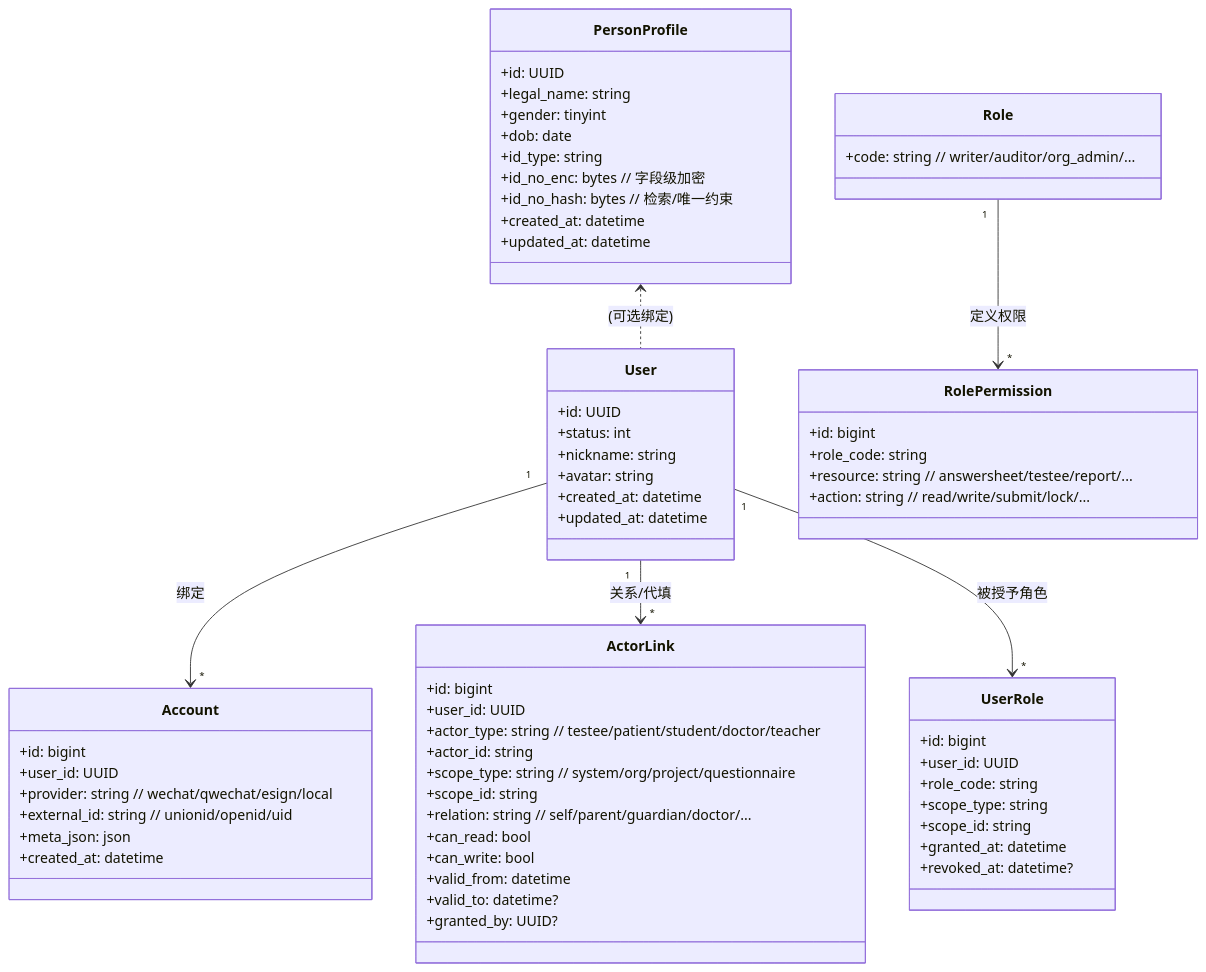
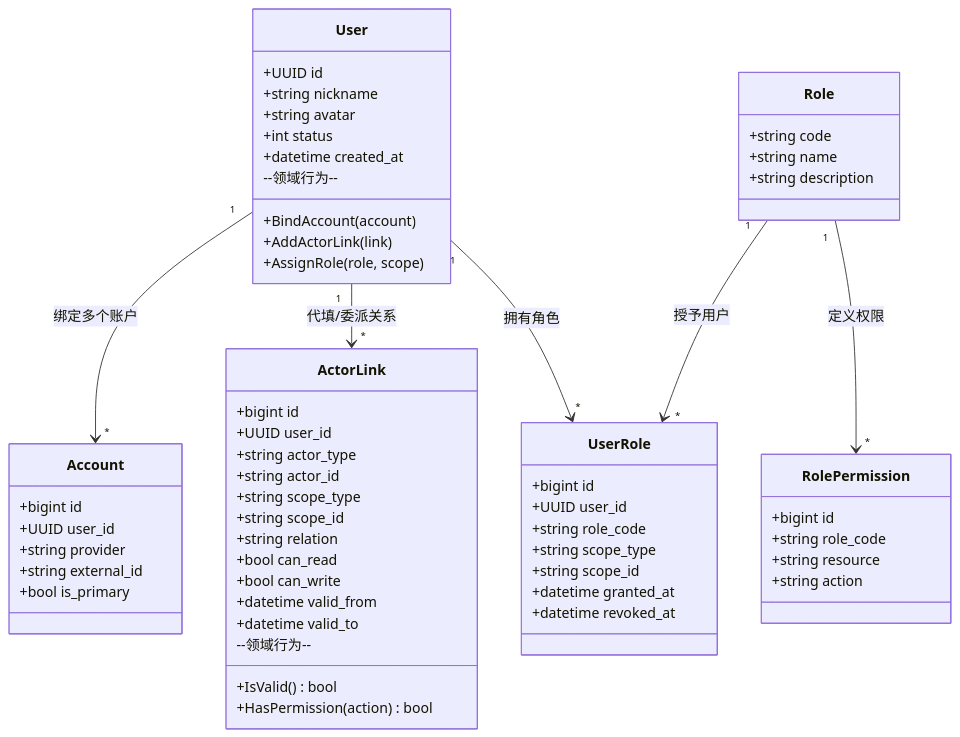
Before and after one commit to FangcunMount/iam-contracts: the third of 5 diagrams in README.md, drawn with Mermaid. The commit also changed other lines of this file, not shown here.

````diff
--- a/README.md
+++ b/README.md
@@ -76,77 +233,68 @@
 ```mermaid
+classDiagram
+    class User {
+        +UUID id
+        +string nickname
+        +string avatar
+        +int status
+        +datetime created_at
+        --领域行为--
+        +BindAccount(account)
+        +AddActorLink(link)
+        +AssignRole(role, scope)
+    }
 
-classDiagram
-  class User {
-    +id: UUID
-    +status: int
-    +nickname: string
-    +avatar: string
-    +created_at: datetime
-    +updated_at: datetime
-  }
+    class Account {
+        +bigint id
+        +UUID user_id
+        +string provider
+        +string external_id
+        +bool is_primary
+    }
 
-  class Account {
-    +id: bigint
-    +user_id: UUID
-    +provider: string  // wechat/qwechat/esign/local
-    +external_id: string // unionid/openid/uid
-    +meta_json: json
-    +created_at: datetime
-  }
+    class ActorLink {
+        +bigint id
+        +UUID user_id
+        +string actor_type
+        +string actor_id
+        +string scope_type
+        +string scope_id
+        +string relation
+        +bool can_read
+        +bool can_write
+        +datetime valid_from
+        +datetime valid_to
+        --领域行为--
+        +IsValid() bool
+        +HasPermission(action) bool
+    }
 
-  class ActorLink {
-    +id: bigint
-    +user_id: UUID
-    +actor_type: string   // testee/patient/student/doctor/teacher
-    +actor_id: string
-    +scope_type: string   // system/org/project/questionnaire
-    +scope_id: string
-    +relation: string     // self/parent/guardian/doctor/...
-    +can_read: bool
-    +can_write: bool
-    +valid_from: datetime
-    +valid_to: datetime?
-    +granted_by: UUID?
-  }
+    class Role {
+        +string code
+        +string name
+        +string description
+    }
 
-  class PersonProfile {
-    +id: UUID
-    +legal_name: string
-    +gender: tinyint
-    +dob: date
-    +id_type: string
-    +id_no_enc: bytes     // 字段级加密
-    +id_no_hash: bytes    // 检索/唯一约束
-    +created_at: datetime
-    +updated_at: datetime
-  }
+    class UserRole {
+        +bigint id
+        +UUID user_id
+        +string role_code
+        +string scope_type
+        +string scope_id
+        +datetime granted_at
+        +datetime revoked_at
+    }
 
-  class Role {
-    +code: string  // writer/auditor/org_admin/...
-  }
+    class RolePermission {
+        +bigint id
+        +string role_code
+        +string resource
+        +string action
+    }
 
-  class RolePermission {
-    +id: bigint
-    +role_code: string
-    +resource: string  // answersheet/testee/report/...
-    +action: string    // read/write/submit/lock/...
-  }
-
-  class UserRole {
-    +id: bigint
-    +user_id: UUID
-    +role_code: string
-    +scope_type: string
-    +scope_id: string
-    +granted_at: datetime
-    +revoked_at: datetime?
-  }
-
-  %% 关系
-  User "1" --> "*" Account : 绑定
-  User "1" --> "*" ActorLink : 关系/代填
-  PersonProfile <.. User : (可选绑定)
-  Role "1" --> "*" RolePermission : 定义权限
-  User "1" --> "*" UserRole : 被授予角色
-
+    User "1" --> "*" Account : 绑定多个账户
+    User "1" --> "*" ActorLink : 代填/委派关系
+    User "1" --> "*" UserRole : 拥有角色
+    Role "1" --> "*" RolePermission : 定义权限
+    Role "1" --> "*" UserRole : 授予用户
 ```
````
